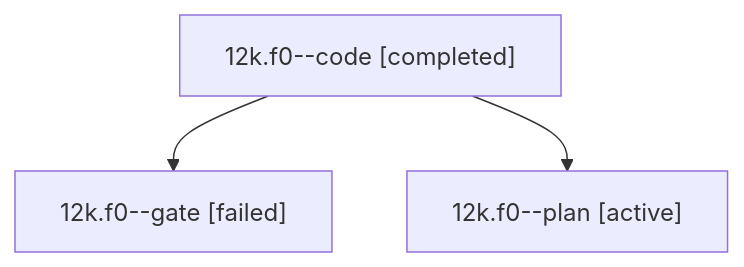
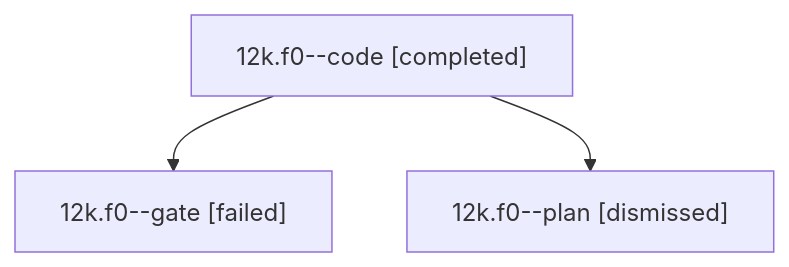
Before and after one commit to bobs-org/bob-cli--agents: the diagram in sessions/bbugyi200.athena.12k.f0.md, drawn with Mermaid. The commit also changed other lines of this file and 16 other files, not shown here.

````diff
--- a/sessions/bbugyi200.athena.12k.f0.md
+++ b/sessions/bbugyi200.athena.12k.f0.md
@@ -9,8 +9,8 @@
 ```mermaid
 flowchart TD
   n0["12k.f0--code [completed]"]
   n1["12k.f0--gate [failed]"]
   n0 --> n1
-  n2["12k.f0--plan [active]"]
+  n2["12k.f0--plan [dismissed]"]
   n0 --> n2
 ```
````
